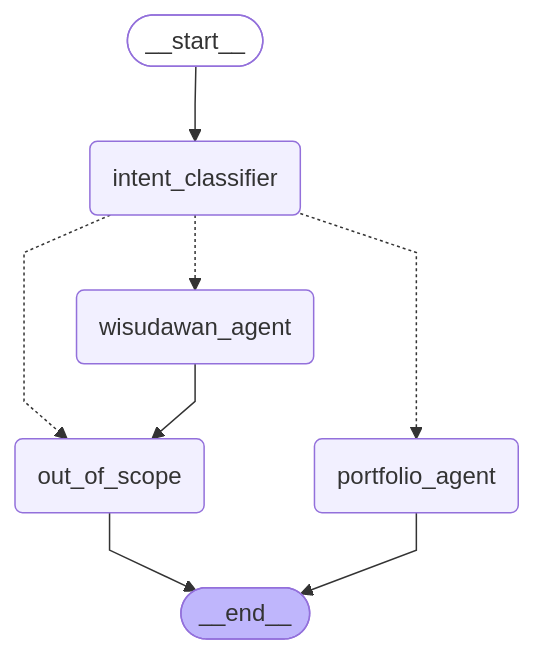
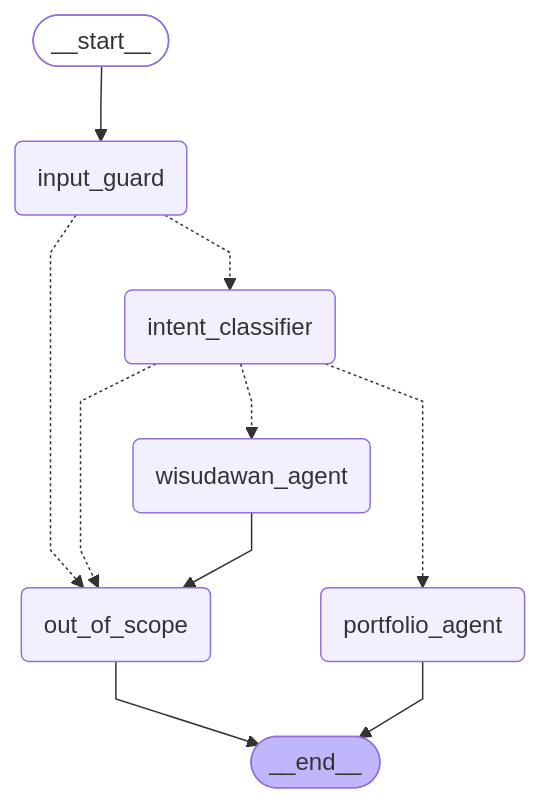
The diagram in diagram/main_graph.mermaid (kaylanamira/itb-portofolio-agent), drawn with Mermaid before and after one commit. The commit also changed 25 other files, not shown here.

Commit message:
feat: refine rag pipeline, implement true BM25 and exact RAG_MEMORY.md pipeline flow

```diff
--- a/diagram/main_graph.mermaid
+++ b/diagram/main_graph.mermaid
@@ -1,22 +1,25 @@
 ---
 config:
   flowchart:
     curve: linear
 ---
 graph TD;
 	__start__([<p>__start__</p>]):::first
+	input_guard(input_guard)
 	intent_classifier(intent_classifier)
 	portfolio_agent(portfolio_agent)
 	wisudawan_agent(wisudawan_agent)
 	out_of_scope(out_of_scope)
 	__end__([<p>__end__</p>]):::last
-	__start__ --> intent_classifier;
+	__start__ --> input_guard;
+	input_guard -.-> intent_classifier;
+	input_guard -.-> out_of_scope;
 	intent_classifier -.-> out_of_scope;
 	intent_classifier -.-> portfolio_agent;
 	intent_classifier -.-> wisudawan_agent;
 	wisudawan_agent --> out_of_scope;
 	out_of_scope --> __end__;
 	portfolio_agent --> __end__;
 	classDef default fill:#f2f0ff,line-height:1.2
 	classDef first fill-opacity:0
 	classDef last fill:#bfb6fc
```
